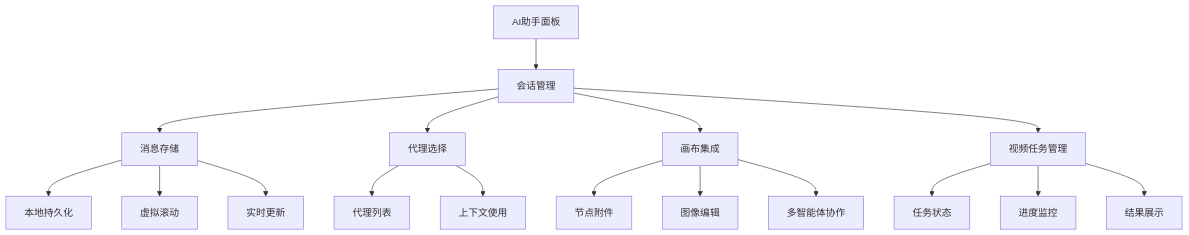
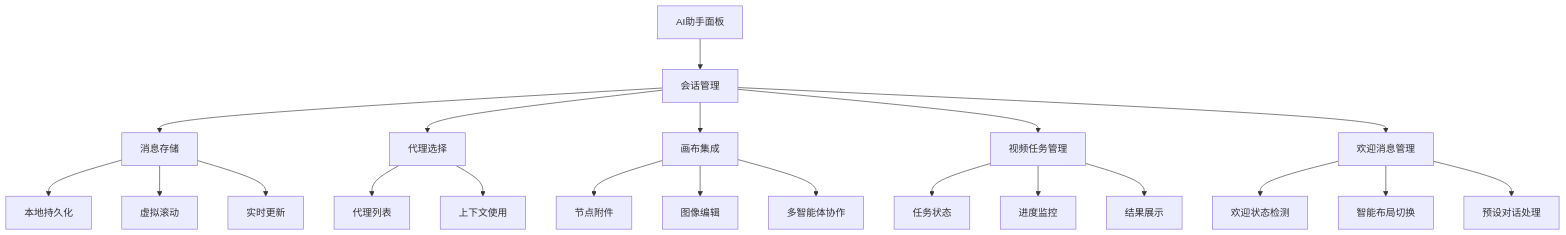
One commit to KunLabAI/KunFlix changed the third of 19 diagrams in .qoder/repowiki/zh/content/前端应用架构/状态管理/Zustand Store 设计/增强的AI助手存储.md. Above: the diagram before and after it, drawn with Mermaid. The commit also changed other lines of this file and 20 other files, not shown here.

````diff
--- a/.qoder/repowiki/zh/content/前端应用架构/状态管理/Zustand Store 设计/增强的AI助手存储.md
+++ b/.qoder/repowiki/zh/content/前端应用架构/状态管理/Zustand Store 设计/增强的AI助手存储.md
@@ -196,19 +203,23 @@
 ```mermaid
 flowchart TD
 A[AI助手面板] --> B[会话管理]
 B --> C[消息存储]
 B --> D[代理选择]
 B --> E[画布集成]
 B --> F[视频任务管理]
-C --> G[本地持久化]
-C --> H[虚拟滚动]
-C --> I[实时更新]
-D --> J[代理列表]
-D --> K[上下文使用]
-E --> L[节点附件]
-E --> M[图像编辑]
-E --> N[多智能体协作]
-F --> O[任务状态]
-F --> P[进度监控]
-F --> Q[结果展示]
+B --> G[欢迎消息管理]
+C --> H[本地持久化]
+C --> I[虚拟滚动]
+C --> J[实时更新]
+G --> K[欢迎状态检测]
+G --> L[智能布局切换]
+G --> M[预设对话处理]
+D --> N[代理列表]
+D --> O[上下文使用]
+E --> P[节点附件]
+E --> Q[图像编辑]
+E --> R[多智能体协作]
+F --> S[任务状态]
+F --> T[进度监控]
+F --> U[结果展示]
 ```
````
